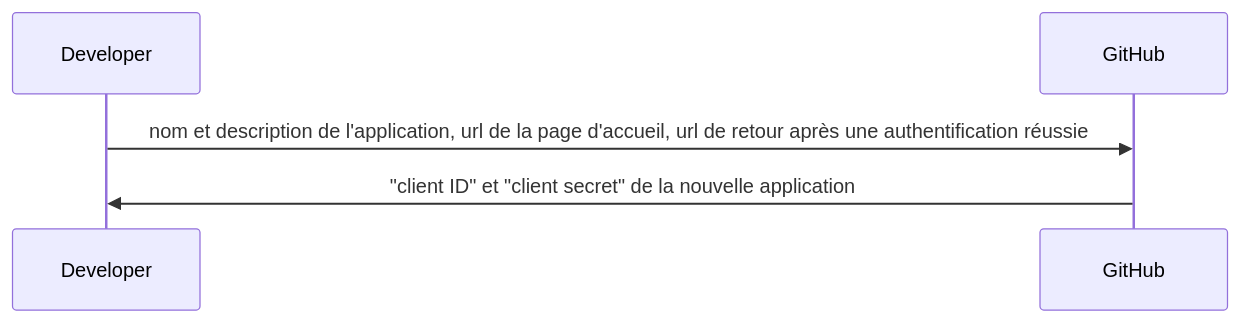
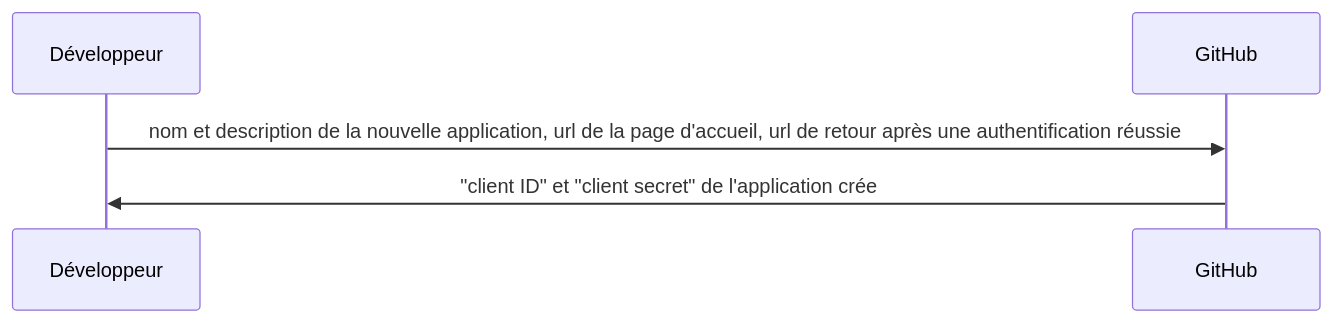
Before and after one commit to frigaux/api-cotations-boursieres: the first of 2 diagrams in README.md, drawn with Mermaid. The commit also changed other lines of this file, not shown here.

Commit message:
Start dev

````diff
--- a/README.md
+++ b/README.md
@@ -13,5 +14,5 @@
 ```mermaid
   sequenceDiagram
-    Developer->>GitHub: nom et description de l'application, url de la page d'accueil, url de retour après une authentification réussie
-    GitHub->>Developer: "client ID" et "client secret" de la nouvelle application
+    Développeur->>GitHub: nom et description de la nouvelle application, url de la page d'accueil, url de retour après une authentification réussie
+    GitHub->>Développeur: "client ID" et "client secret" de l'application crée
 ```
````
